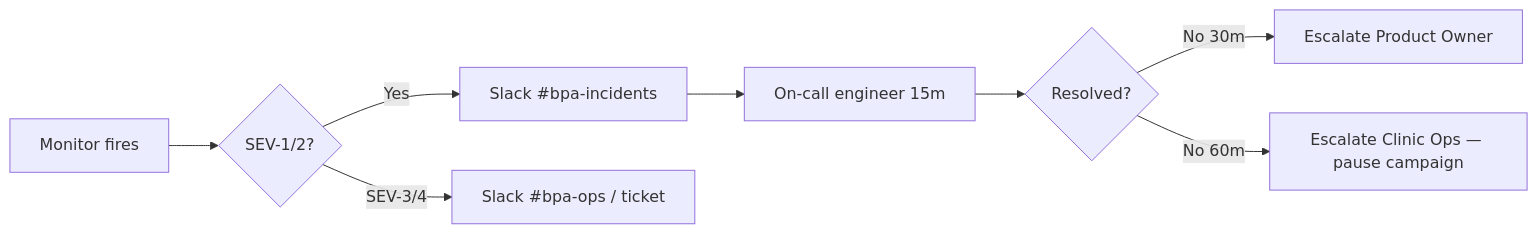
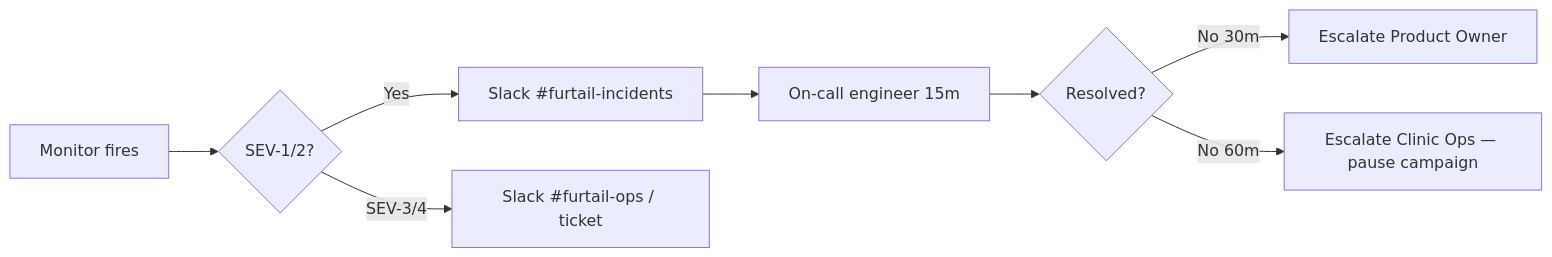
The second of 3 diagrams in docs/architecture/enterprise-monitoring-failover-strategy.md (balagpetcare/furtail_api), drawn with Mermaid before and after one commit. The commit also changed other lines of this file and 375 other files, not shown here.

````diff
--- a/docs/architecture/enterprise-monitoring-failover-strategy.md
+++ b/docs/architecture/enterprise-monitoring-failover-strategy.md
@@ -253,10 +253,10 @@
 ```mermaid
 flowchart LR
   A[Monitor fires] --> B{SEV-1/2?}
-  B -->|Yes| C[Slack #bpa-incidents]
+  B -->|Yes| C[Slack #furtail-incidents]
   C --> D[On-call engineer 15m]
   D --> E{Resolved?}
   E -->|No 30m| F[Escalate Product Owner]
   E -->|No 60m| G[Escalate Clinic Ops — pause campaign]
-  B -->|SEV-3/4| H[Slack #bpa-ops / ticket]
+  B -->|SEV-3/4| H[Slack #furtail-ops / ticket]
 ```
````
